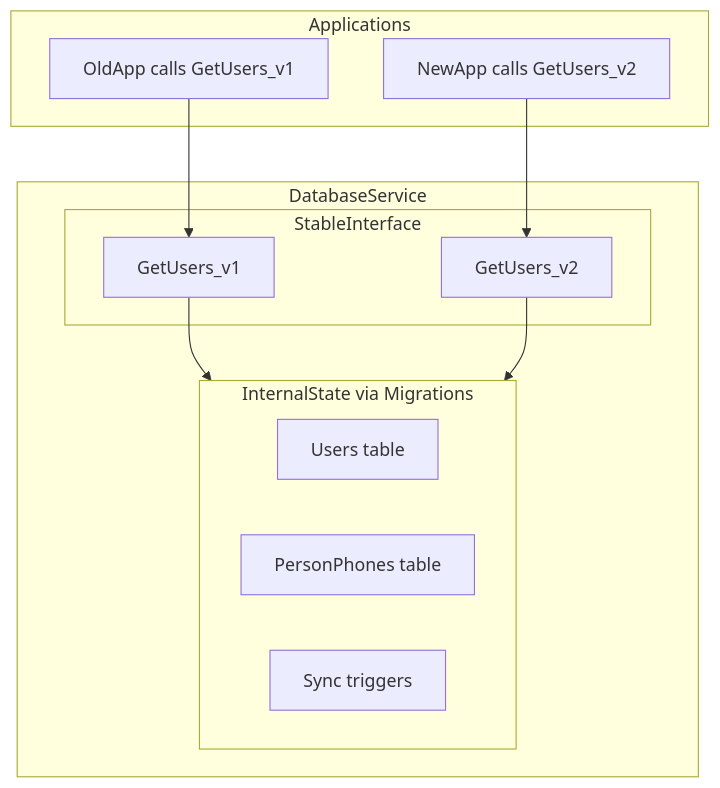
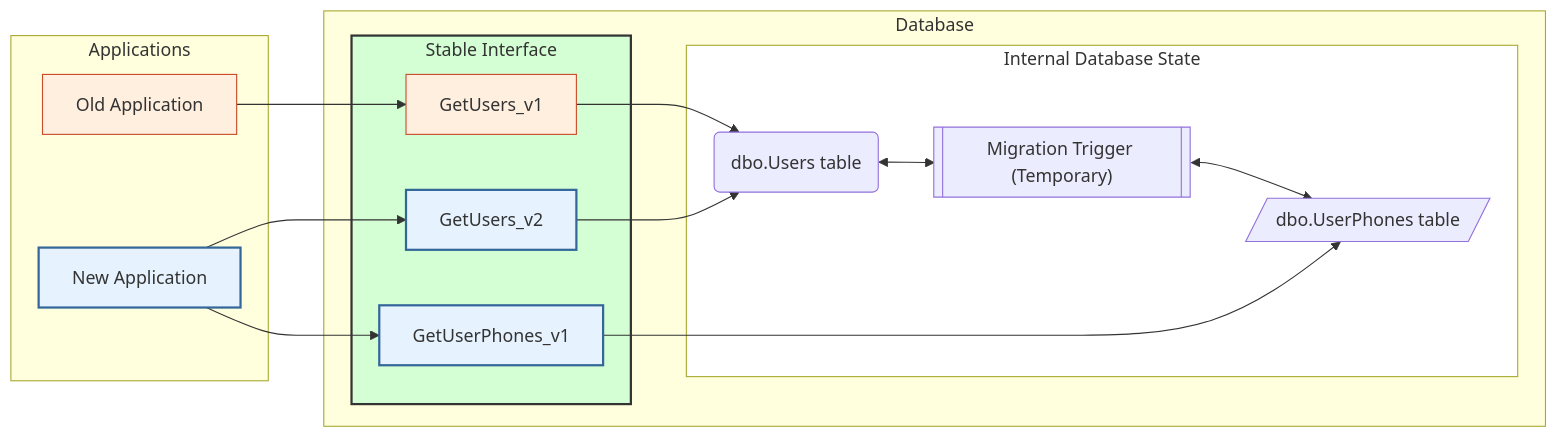
The first of 3 diagrams in docs/philosophy.md (zacoders/DbLive), drawn with Mermaid before and after one commit. The commit also changed other lines of this file, not shown here.

````diff
--- a/docs/philosophy.md
+++ b/docs/philosophy.md
@@ -47,22 +68,38 @@
 ```mermaid
-flowchart TB
-    subgraph apps [Applications]
-        OldApp[OldApp calls GetUsers_v1]
-        NewApp[NewApp calls GetUsers_v2]
+flowchart LR
+    classDef class_Red   fill:#ffefdf,stroke:#c94a29
+    classDef class_Green fill:#d4ffd4,stroke:#333,stroke-width:2px
+    classDef class_Blue  fill:#e6f3ff,stroke:#336699,stroke-width:2px
+    classDef class_White fill:#ffffff
+
+    subgraph APPs [Applications]
+        OldApp[Old Application]:::class_Red
+        NewApp[New Application]:::class_Blue
     end
-    subgraph dbService [DatabaseService]
-        subgraph interface [StableInterface]
-            P1[GetUsers_v1]
-            P2[GetUsers_v2]
+
+    subgraph DBService [Database]
+        subgraph Interface [Stable Interface]
+            GetUsers1["GetUsers_v1"]:::class_Red
+            GetUsers2[GetUsers_v2]:::class_Blue
+            GetUserPhones[GetUserPhones_v1]:::class_Blue
         end
-        subgraph internals [InternalState via Migrations]
-            T1[Users table]
-            T2[PersonPhones table]
-            TR[Sync triggers]
+        class Interface class_Green
+
+        subgraph Internals [Internal Database State]
+            UsersTable("dbo.Users table")
+            Trigger[["Migration Trigger (Temporary)"]]
+            UserPhonesTable[/"dbo.UserPhones table"/]
+            UsersTable <--> Trigger
+            Trigger <--> UserPhonesTable
         end
-        P1 --> internals
-        P2 --> internals
+        class Internals class_White
+
+        GetUsers1 --> UsersTable
+        GetUsers2 --> UsersTable
+        GetUserPhones --> UserPhonesTable
     end
-    OldApp --> P1
-    NewApp --> P2
+
+    OldApp --> GetUsers1
+    NewApp --> GetUsers2
+    NewApp --> GetUserPhones
 ```
````
